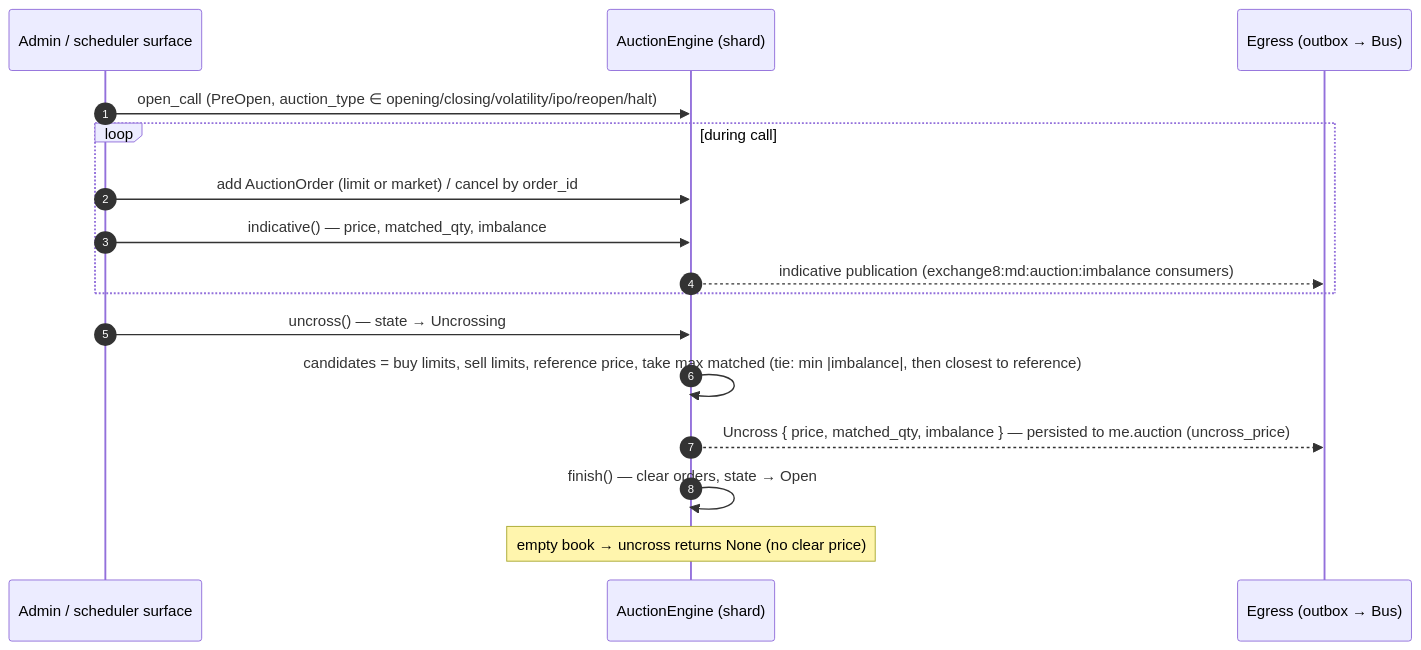
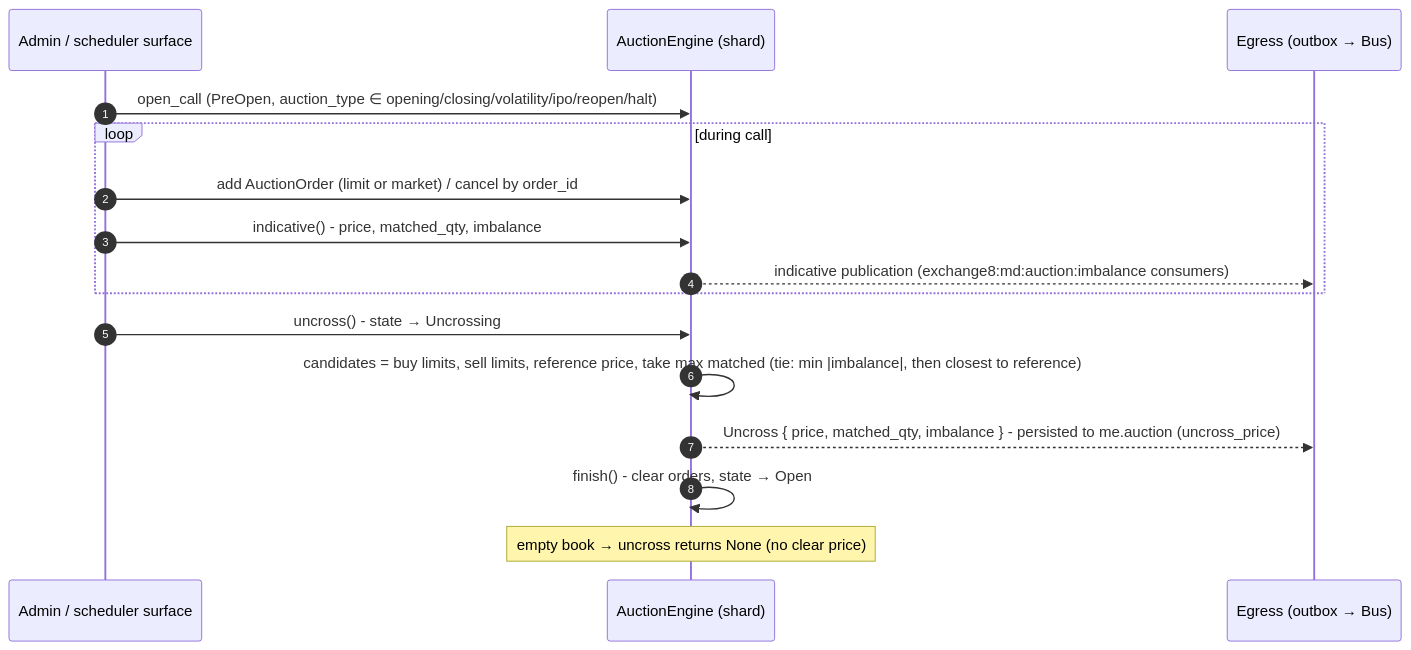
The fifth of 15 diagrams in DESIGN.md (Exchange8-dev/exchange8-me), drawn with Mermaid before and after one commit. The commit also changed other lines of this file and 21 other files, not shown here.

````diff
--- a/DESIGN.md
+++ b/DESIGN.md
@@ -194,18 +194,18 @@
 ```mermaid
 sequenceDiagram
     autonumber
     participant ADM as Admin / scheduler surface
     participant AE as AuctionEngine (shard)
     participant OUT as Egress (outbox → Bus)
     ADM->>AE: open_call (PreOpen, auction_type ∈ opening/closing/volatility/ipo/reopen/halt)
     loop during call
         ADM->>AE: add AuctionOrder (limit or market) / cancel by order_id
-        ADM->>AE: indicative() — price, matched_qty, imbalance
+        ADM->>AE: indicative() - price, matched_qty, imbalance
         AE-->>OUT: indicative publication (exchange8:md:auction:imbalance consumers)
     end
-    ADM->>AE: uncross() — state → Uncrossing
+    ADM->>AE: uncross() - state → Uncrossing
     AE->>AE: candidates = buy limits, sell limits, reference price, take max matched (tie: min |imbalance|, then closest to reference)
-    AE-->>OUT: Uncross { price, matched_qty, imbalance } — persisted to me.auction (uncross_price)
-    AE->>AE: finish() — clear orders, state → Open
+    AE-->>OUT: Uncross { price, matched_qty, imbalance } - persisted to me.auction (uncross_price)
+    AE->>AE: finish() - clear orders, state → Open
     Note over AE: empty book → uncross returns None (no clear price)
 ```
````
